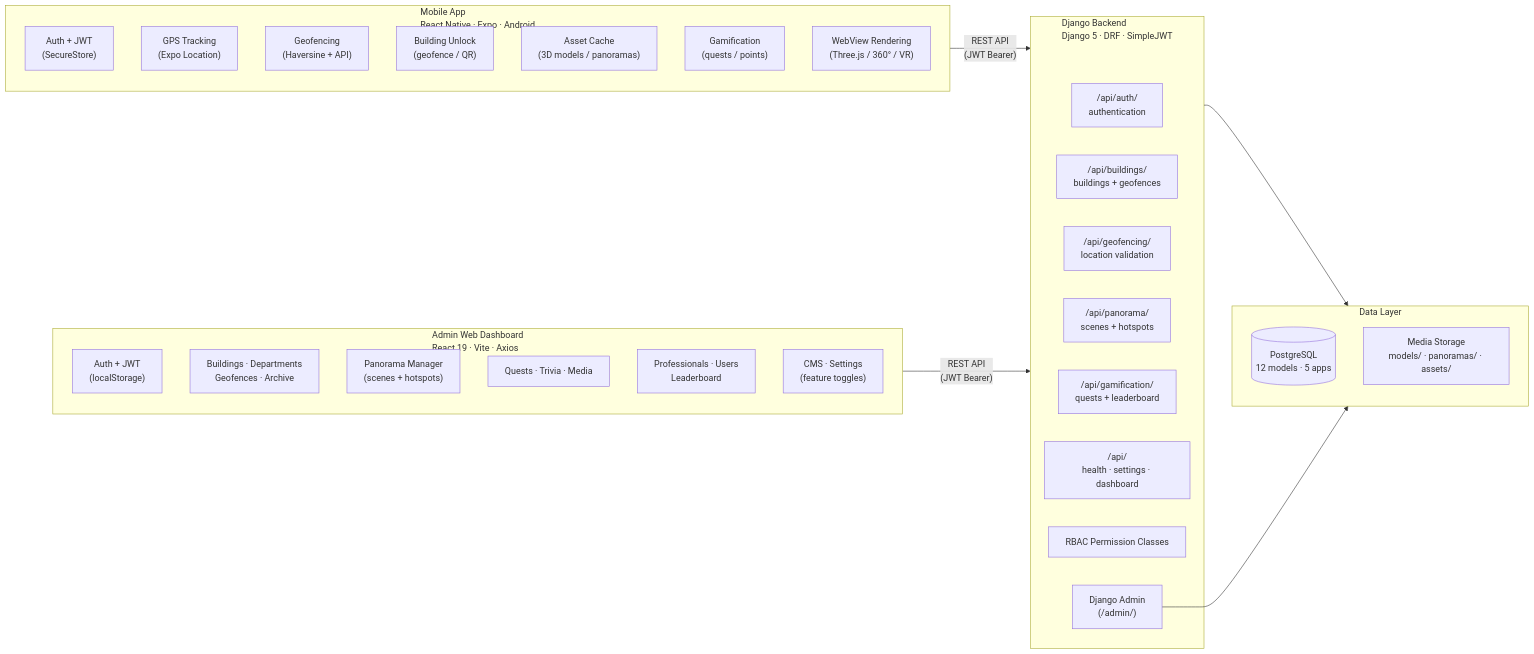
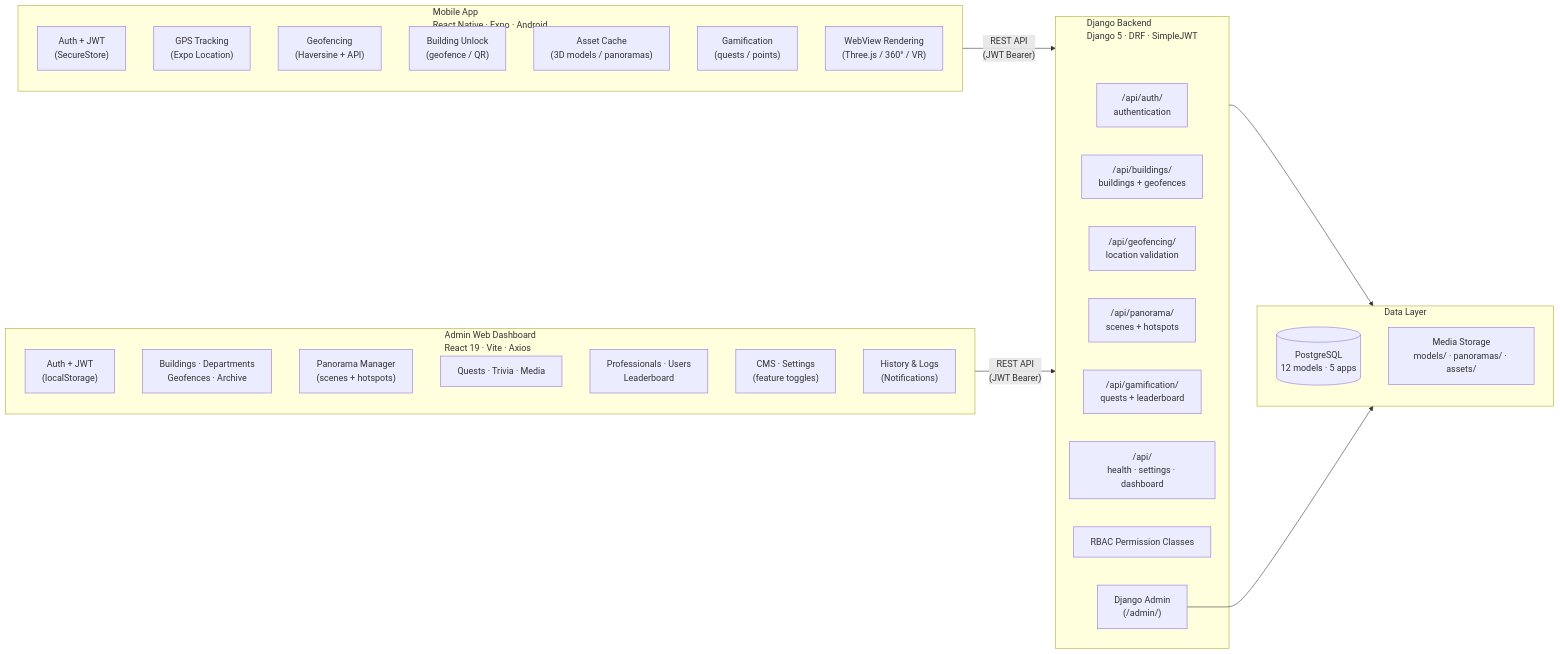
One commit to Cipher-Syntax/ARQuest changed the first of 5 diagrams in system-architecture.md. Above: the diagram before and after it, drawn with Mermaid. The commit also changed other lines of this file and 7 other files, not shown here.

Commit message:
docs: Update architectural diagrams for Notifications and History & Logs

````diff
--- a/system-architecture.md
+++ b/system-architecture.md
@@ -12,42 +12,43 @@
 ```mermaid
 graph LR
     subgraph MOBILE ["Mobile App\nReact Native · Expo · Android"]
         M1["Auth + JWT\n(SecureStore)"]
         M2["GPS Tracking\n(Expo Location)"]
         M3["Geofencing\n(Haversine + API)"]
         M4["Building Unlock\n(geofence / QR)"]
         M5["Asset Cache\n(3D models / panoramas)"]
         M6["Gamification\n(quests / points)"]
         M7["WebView Rendering\n(Three.js / 360° / VR)"]
     end
 
     subgraph BACKEND ["Django Backend\nDjango 5 · DRF · SimpleJWT"]
         B1["/api/auth/\nauthentication"]
         B2["/api/buildings/\nbuildings + geofences"]
         B3["/api/geofencing/\nlocation validation"]
         B4["/api/panorama/\nscenes + hotspots"]
         B5["/api/gamification/\nquests + leaderboard"]
         B6["/api/\nhealth · settings · dashboard"]
         B7["RBAC Permission Classes"]
         B8["Django Admin\n(/admin/)"]
     end
 
     subgraph DATA ["Data Layer"]
         DB[("PostgreSQL\n12 models · 5 apps")]
         MEDIA["Media Storage\nmodels/ · panoramas/ · assets/"]
     end
 
     subgraph WEB ["Admin Web Dashboard\nReact 19 · Vite · Axios"]
         W1["Auth + JWT\n(localStorage)"]
         W2["Buildings · Departments\nGeofences · Archive"]
         W3["Panorama Manager\n(scenes + hotspots)"]
         W4["Quests · Trivia · Media"]
         W5["Professionals · Users\nLeaderboard"]
         W6["CMS · Settings\n(feature toggles)"]
+        W7["History & Logs\n(Notifications)"]
     end
 
     MOBILE -->|"REST API\n(JWT Bearer)"| BACKEND
     WEB    -->|"REST API\n(JWT Bearer)"| BACKEND
     BACKEND --> DATA
     B8      --> DATA
 ```
````
